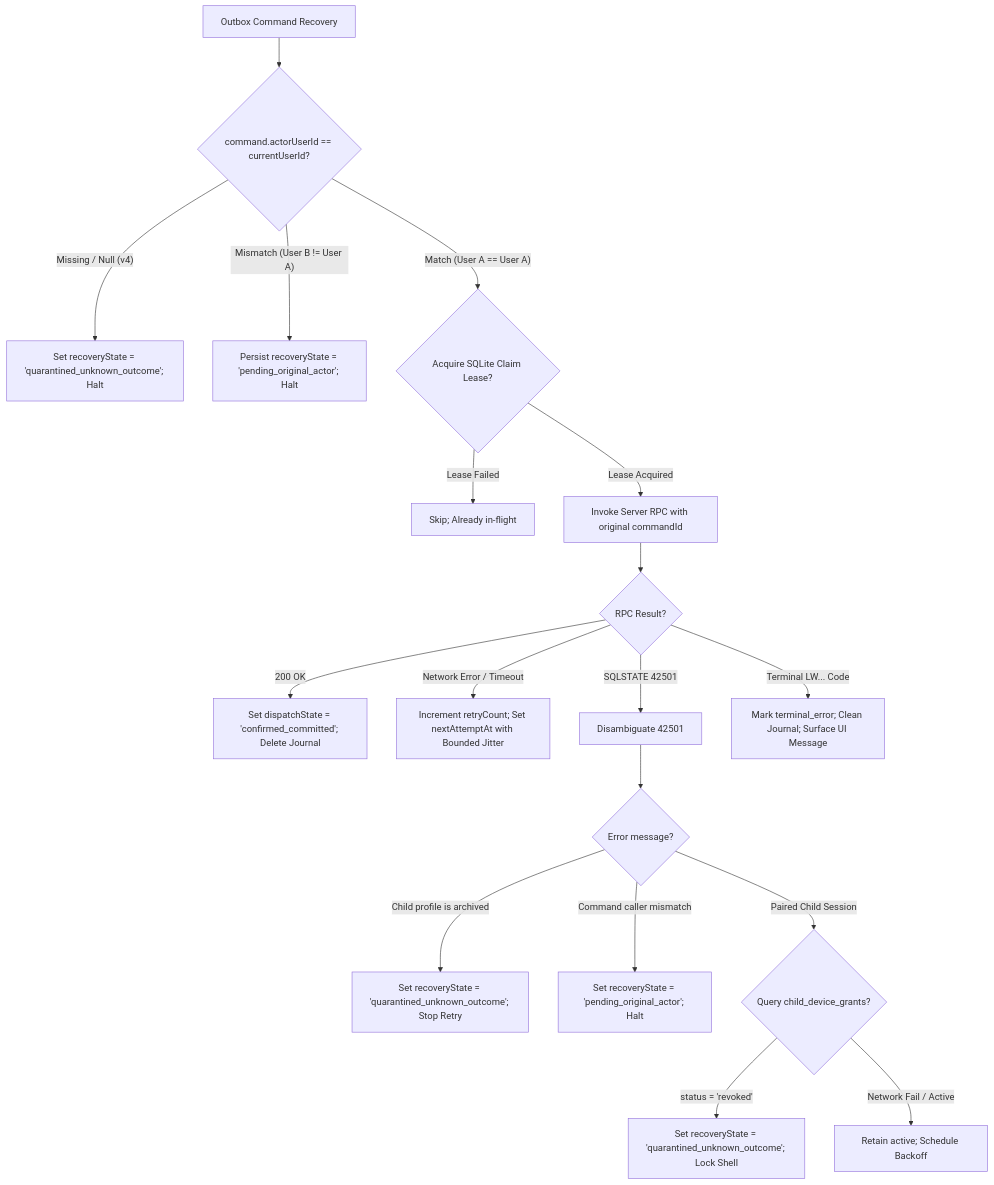
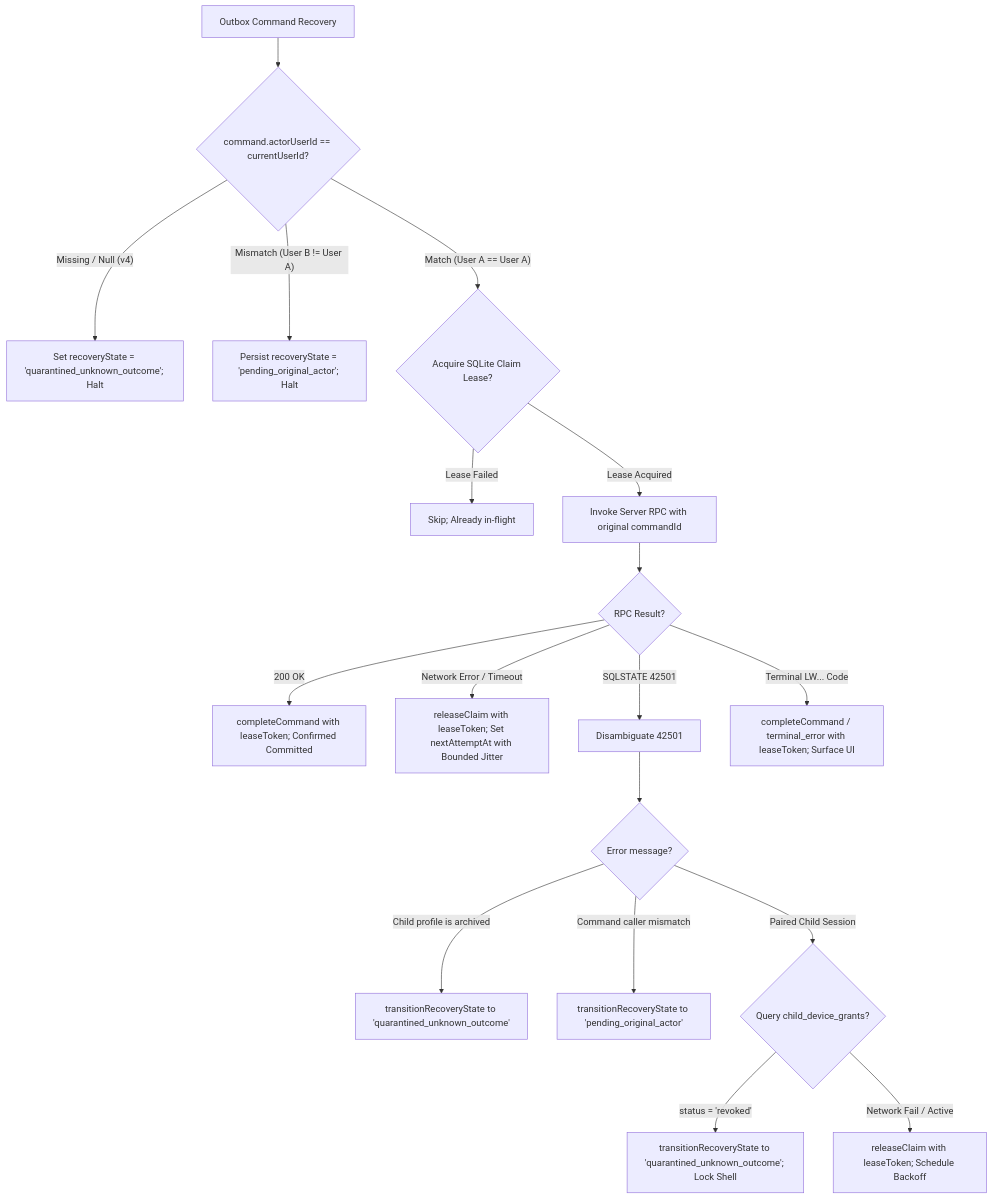
One commit to thedusk4203/LearnWard changed the second of 3 diagrams in docs/18-phase-6-actor-aware-offline-recovery-readiness-review.md. Above: the diagram before and after it, drawn with Mermaid. The commit also changed other lines of this file and 1 other file, not shown here.

Commit message:
docs(phase-6): formalize atomic claim lease token fencing and coordinate foreground outbox dispatch

````diff
--- a/docs/18-phase-6-actor-aware-offline-recovery-readiness-review.md
+++ b/docs/18-phase-6-actor-aware-offline-recovery-readiness-review.md
@@ -103,23 +215,23 @@
 ```mermaid
 flowchart TD
     Start[Outbox Command Recovery] --> CheckActor{command.actorUserId == currentUserId?}
     CheckActor -- Missing / Null (v4) --> QuarantineV4[Set recoveryState = 'quarantined_unknown_outcome'; Halt]
     CheckActor -- Mismatch (User B != User A) --> PauseActor[Persist recoveryState = 'pending_original_actor'; Halt]
     CheckActor -- Match (User A == User A) --> CheckLease{Acquire SQLite Claim Lease?}
     CheckLease -- Lease Failed --> Yield[Skip; Already in-flight]
     CheckLease -- Lease Acquired --> DispatchRPC[Invoke Server RPC with original commandId]
     
     DispatchRPC --> CheckResult{RPC Result?}
-    CheckResult -- 200 OK --> CommitSuccess[Set dispatchState = 'confirmed_committed'; Delete Journal]
-    CheckResult -- Network Error / Timeout --> Backoff[Increment retryCount; Set nextAttemptAt with Bounded Jitter]
+    CheckResult -- 200 OK --> CommitSuccess[completeCommand with leaseToken; Confirmed Committed]
+    CheckResult -- Network Error / Timeout --> Backoff[releaseClaim with leaseToken; Set nextAttemptAt with Bounded Jitter]
     CheckResult -- SQLSTATE 42501 --> Disambiguate42501[Disambiguate 42501]
-    CheckResult -- Terminal LW... Code --> Terminate[Mark terminal_error; Clean Journal; Surface UI Message]
+    CheckResult -- Terminal LW... Code --> Terminate[completeCommand / terminal_error with leaseToken; Surface UI]
     
     Disambiguate42501 --> CheckMsg{Error message?}
-    CheckMsg -- Child profile is archived --> ChildArchived[Set recoveryState = 'quarantined_unknown_outcome'; Stop Retry]
-    CheckMsg -- Command caller mismatch --> PauseMismatch[Set recoveryState = 'pending_original_actor'; Halt]
+    CheckMsg -- Child profile is archived --> ChildArchived[transitionRecoveryState to 'quarantined_unknown_outcome']
+    CheckMsg -- Command caller mismatch --> PauseMismatch[transitionRecoveryState to 'pending_original_actor']
     CheckMsg -- Paired Child Session --> CheckGrant{Query child_device_grants?}
     
-    CheckGrant -- status = 'revoked' --> DeviceRevoked[Set recoveryState = 'quarantined_unknown_outcome'; Lock Shell]
-    CheckGrant -- Network Fail / Active --> PauseActive[Retain active; Schedule Backoff]
+    CheckGrant -- status = 'revoked' --> DeviceRevoked[transitionRecoveryState to 'quarantined_unknown_outcome'; Lock Shell]
+    CheckGrant -- Network Fail / Active --> PauseActive[releaseClaim with leaseToken; Schedule Backoff]
 ```
````
